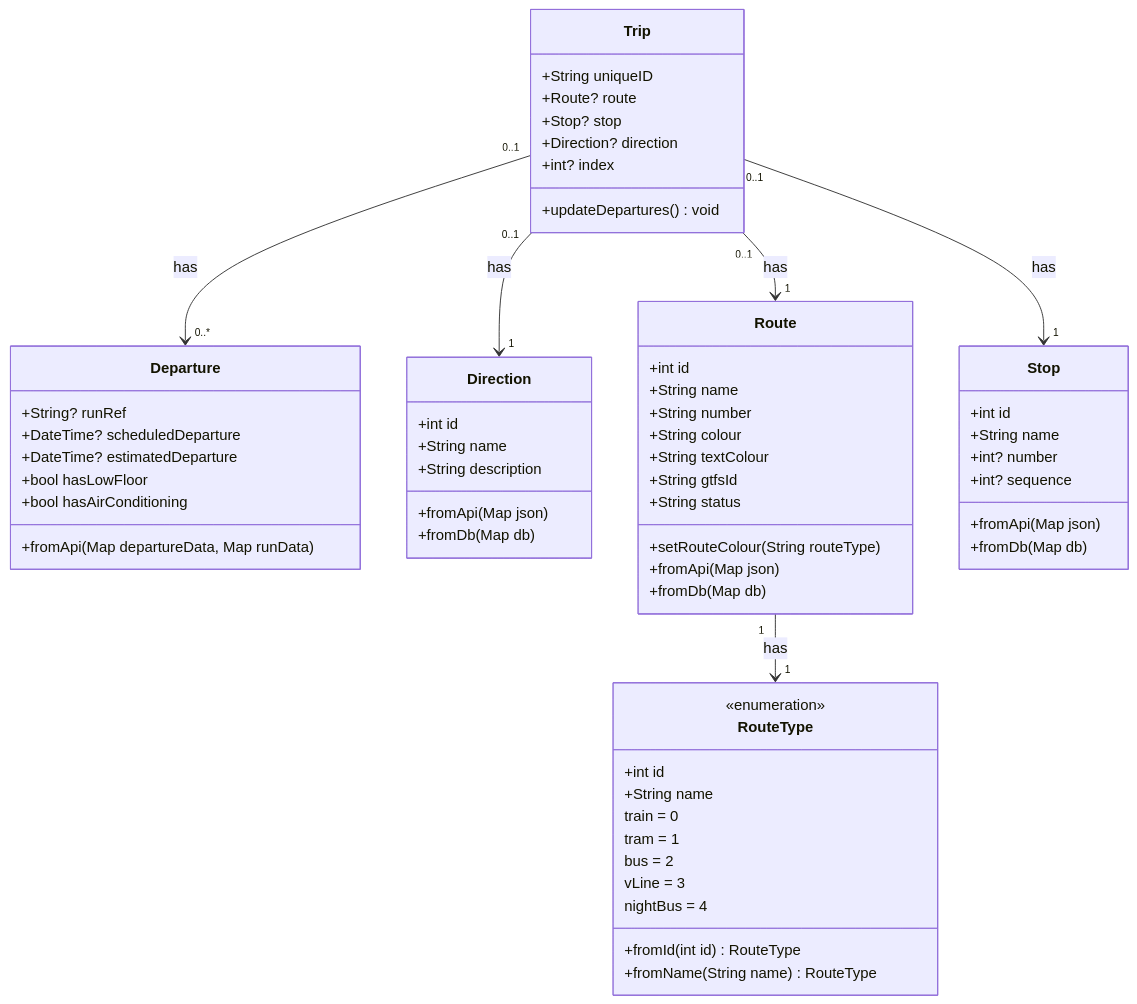
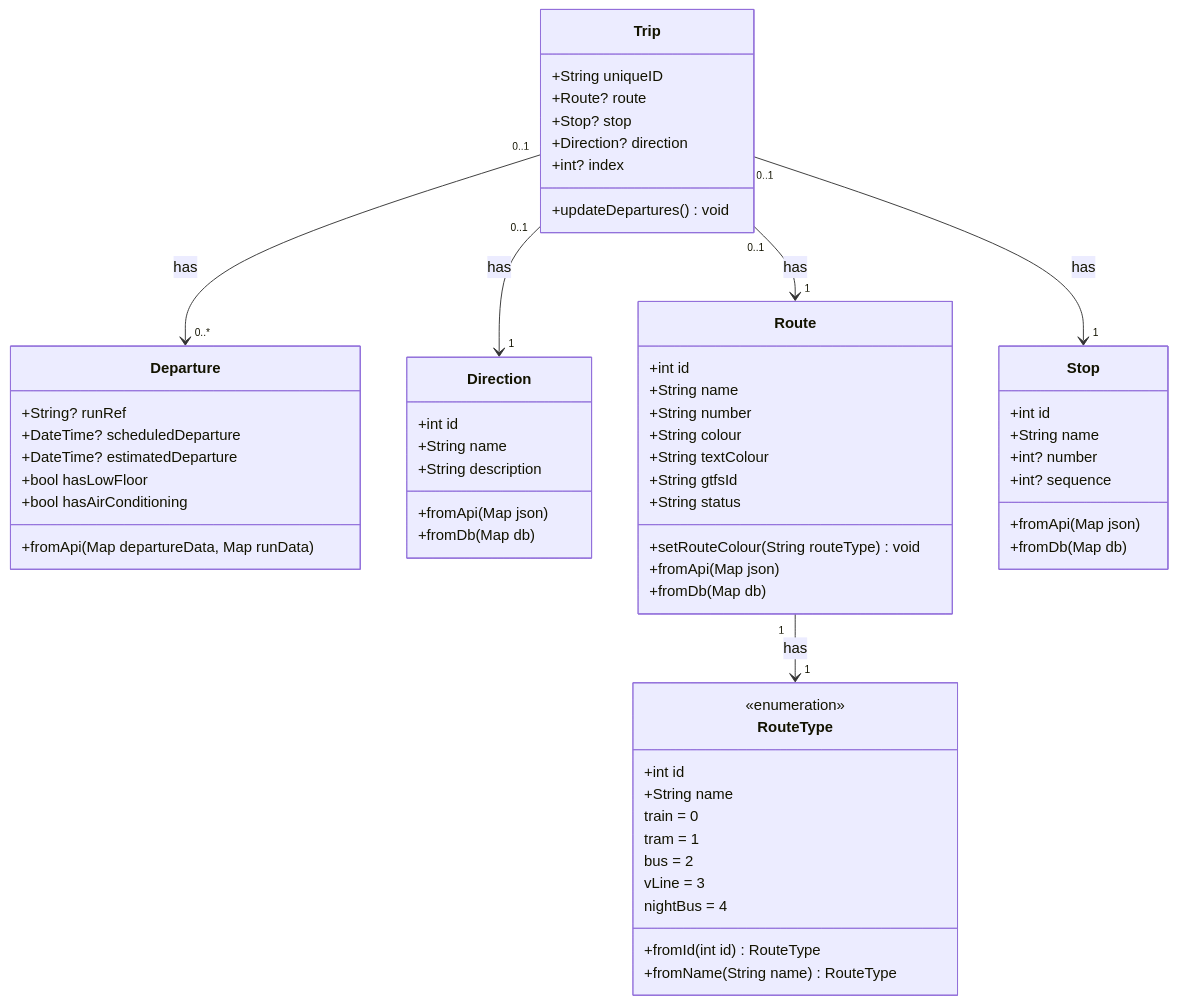
The diagram in assets/diagrams/domain_model_class_diagram.mermaid (fteodoro803/melbourne-pt-widget), drawn with Mermaid before and after one commit. The commit also changed 5 other files, not shown here.

Commit message:
added class diagram for services, and refactored functions to be consistent with it

```diff
--- a/assets/diagrams/domain_model_class_diagram.mermaid
+++ b/assets/diagrams/domain_model_class_diagram.mermaid
@@ -1,68 +1,68 @@
 classDiagram
     class Departure {
         +String? runRef
         +DateTime? scheduledDeparture
         +DateTime? estimatedDeparture
         +bool hasLowFloor
         +bool hasAirConditioning
         +fromApi(Map departureData, Map runData)
     }
 
     class Direction {
         +int id
         +String name
         +String description
         +fromApi(Map json)
         +fromDb(Map db)
     }
 
     class Route{
         +int id
         +String name
         +String number
         +String colour
         +String textColour
         +String gtfsId
         +String status
-        +setRouteColour(String routeType)
+        +setRouteColour(String routeType) void
         +fromApi(Map json)
         +fromDb(Map db)
     }
 
     class RouteType {
         <<enumeration>>
         +int id
         +String name
         train = 0
         tram = 1
         bus = 2
         vLine = 3
         nightBus = 4
         +fromId(int id) RouteType
         +fromName(String name) RouteType
 %%        -normaliseName(String name) String
     }
 
     class Stop {
         +int id
         +String name
         +int? number
         +int? sequence
         +fromApi(Map json)
         +fromDb(Map db)
     }
 
     class Trip {
         +String uniqueID
         +Route? route
         +Stop? stop
         +Direction? direction
         +int? index
         +updateDepartures() void
     }
 
     Trip "0..1" --> "1" Stop : has
     Trip "0..1" --> "1" Direction : has
     Trip "0..1" --> "1" Route : has
     Trip "0..1" --> "0..*" Departure : has
     Route "1" --> "1" RouteType : has
```
